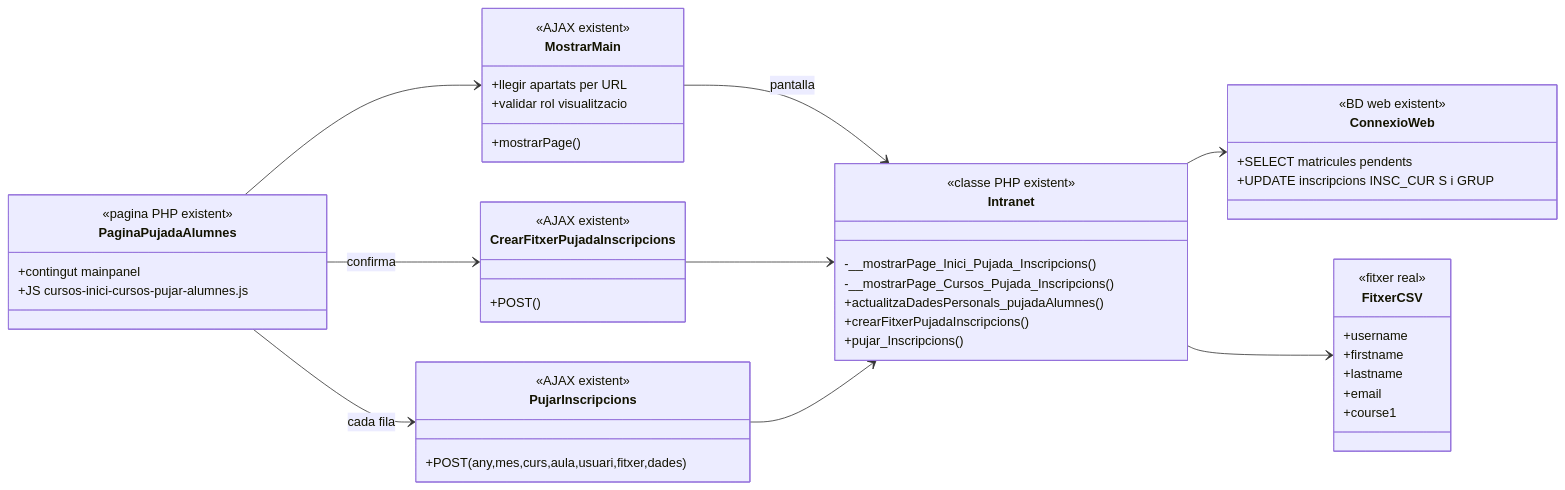
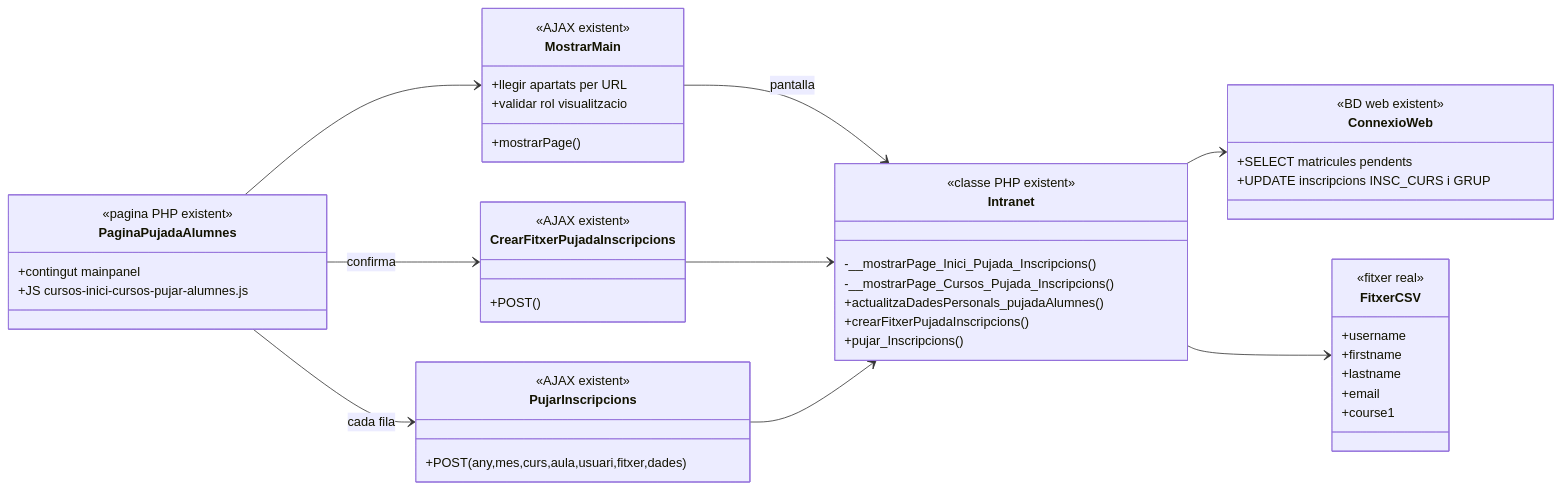
Before and after one commit to orgmeriemprismacat-del/verifactu: the second of 4 diagrams in documentacio/07-uml-integrat/uc-113-importar-inscripcions-manualment-lot.md, drawn with Mermaid.

Commit message:
docs: fix conceptual class field label for academic update

````diff
--- a/documentacio/07-uml-integrat/uc-113-importar-inscripcions-manualment-lot.md
+++ b/documentacio/07-uml-integrat/uc-113-importar-inscripcions-manualment-lot.md
@@ -65,52 +65,52 @@
 ```mermaid
 classDiagram
 direction LR
 class PaginaPujadaAlumnes {
   <<pagina PHP existent>>
   +contingut mainpanel
   +JS cursos-inici-cursos-pujar-alumnes.js
 }
 class MostrarMain {
   <<AJAX existent>>
   +llegir apartats per URL
   +validar rol visualitzacio
   +mostrarPage()
 }
 class Intranet {
   <<classe PHP existent>>
   -__mostrarPage_Inici_Pujada_Inscripcions()
   -__mostrarPage_Cursos_Pujada_Inscripcions()
   +actualitzaDadesPersonals_pujadaAlumnes()
   +crearFitxerPujadaInscripcions()
   +pujar_Inscripcions()
 }
 class CrearFitxerPujadaInscripcions {
   <<AJAX existent>>
   +POST()
 }
 class PujarInscripcions {
   <<AJAX existent>>
   +POST(any,mes,curs,aula,usuari,fitxer,dades)
 }
 class ConnexioWeb {
   <<BD web existent>>
   +SELECT matricules pendents
-  +UPDATE inscripcions INSC_CUR S i GRUP
+  +UPDATE inscripcions INSC_CURS i GRUP
 }
 class FitxerCSV {
   <<fitxer real>>
   +username
   +firstname
   +lastname
   +email
   +course1
 }
 PaginaPujadaAlumnes --> MostrarMain
 MostrarMain --> Intranet : pantalla
 PaginaPujadaAlumnes --> CrearFitxerPujadaInscripcions : confirma
 PaginaPujadaAlumnes --> PujarInscripcions : cada fila
 CrearFitxerPujadaInscripcions --> Intranet
 PujarInscripcions --> Intranet
 Intranet --> ConnexioWeb
 Intranet --> FitxerCSV
 ```
````
